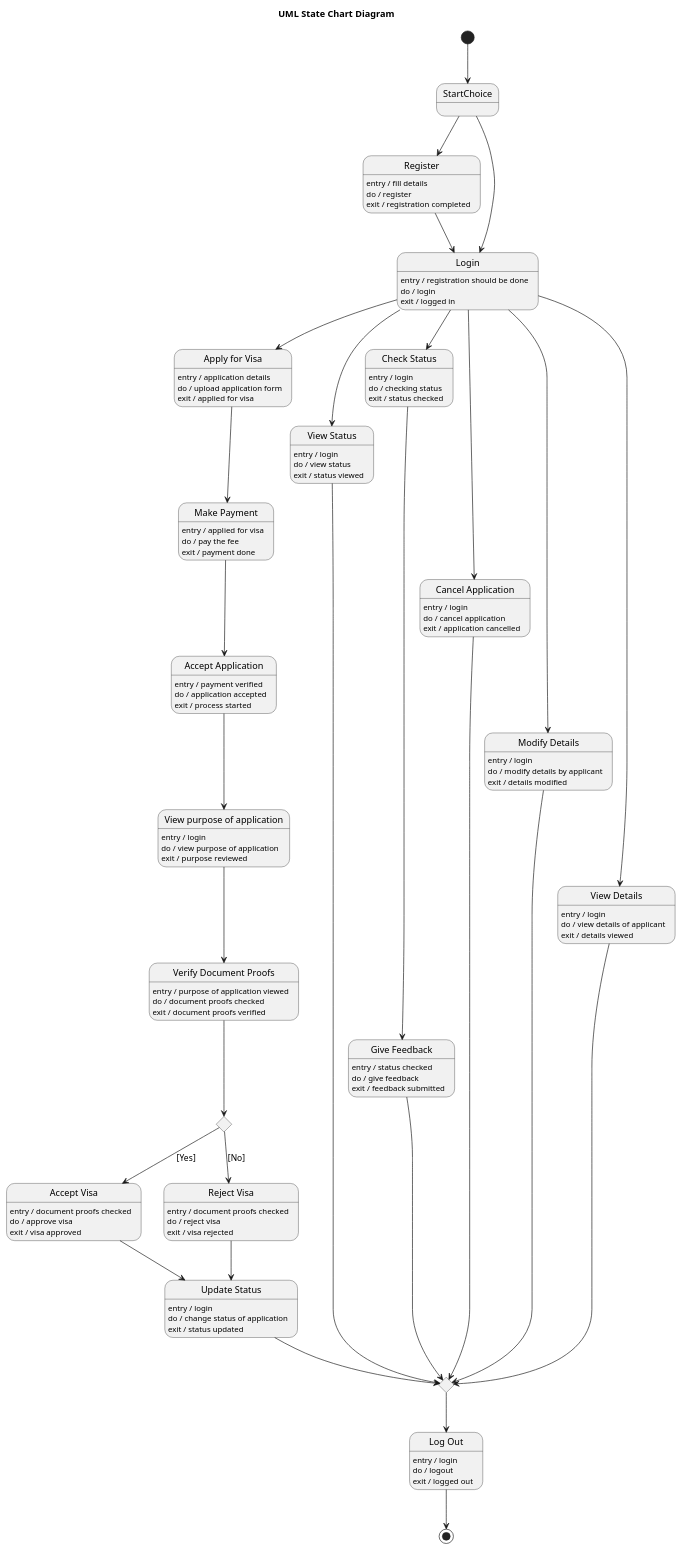
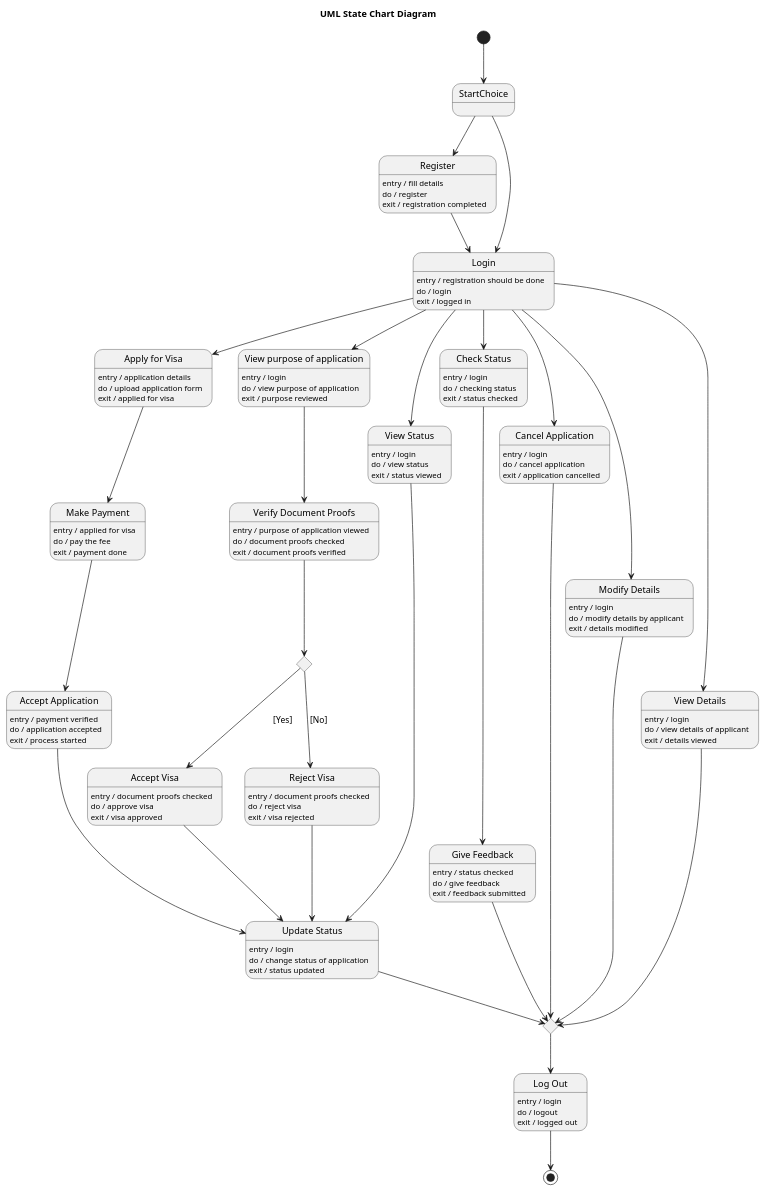
Before and after one commit to maimunafaria/State_transition_Diagram_generated_by_LLM: the diagram in dataset/case_29_e_visa_processing_and_follow_up_system/diagram.puml, drawn with PlantUML. The commit also changed 32 other files, not shown here.

Commit message:
plantuml diagram validated

```diff
--- a/dataset/case_29_e_visa_processing_and_follow_up_system/diagram.puml
+++ b/dataset/case_29_e_visa_processing_and_follow_up_system/diagram.puml
@@ -1,130 +1,130 @@
 @startuml
 title UML State Chart Diagram
 
 [*] --> StartChoice
 
 state StartChoice <<choice>>
 state "Register" as Register
 state "Login" as Login
 state "Apply for Visa" as ApplyVisa
 state "Make Payment" as MakePayment
 state "Accept Application" as AcceptApplication
 state "View purpose of application" as ViewPurpose
 state "Verify Document Proofs" as VerifyDocs
 state VerifyChoice <<choice>>
 state "Accept Visa" as AcceptVisa
 state "Reject Visa" as RejectVisa
 state "Update Status" as UpdateStatus
 state "View Status" as ViewStatus
 state "Check Status" as CheckStatus
 state "Give Feedback" as GiveFeedback
 state "Cancel Application" as CancelApplication
 state "Modify Details" as ModifyDetails
 state "View Details" as ViewDetails
 state EndMerge <<choice>>
 state "Log Out" as LogOut
 
 Register : entry / fill details
 Register : do / register
 Register : exit / registration completed
 
 Login : entry / registration should be done
 Login : do / login
 Login : exit / logged in
 
 ApplyVisa : entry / application details
 ApplyVisa : do / upload application form
 ApplyVisa : exit / applied for visa
 
 MakePayment : entry / applied for visa
 MakePayment : do / pay the fee
 MakePayment : exit / payment done
 
 AcceptApplication : entry / payment verified
 AcceptApplication : do / application accepted
 AcceptApplication : exit / process started
 
 ViewPurpose : entry / login
 ViewPurpose : do / view purpose of application
 ViewPurpose : exit / purpose reviewed
 
 VerifyDocs : entry / purpose of application viewed
 VerifyDocs : do / document proofs checked
 VerifyDocs : exit / document proofs verified
 
 AcceptVisa : entry / document proofs checked
 AcceptVisa : do / approve visa
 AcceptVisa : exit / visa approved
 
 RejectVisa : entry / document proofs checked
 RejectVisa : do / reject visa
 RejectVisa : exit / visa rejected
 
 UpdateStatus : entry / login
 UpdateStatus : do / change status of application
 UpdateStatus : exit / status updated
 
 ViewStatus : entry / login
 ViewStatus : do / view status
 ViewStatus : exit / status viewed
 
 CheckStatus : entry / login
 CheckStatus : do / checking status
 CheckStatus : exit / status checked
 
 GiveFeedback : entry / status checked
 GiveFeedback : do / give feedback
 GiveFeedback : exit / feedback submitted
 
 CancelApplication : entry / login
 CancelApplication : do / cancel application
 CancelApplication : exit / application cancelled
 
 ModifyDetails : entry / login
 ModifyDetails : do / modify details by applicant
 ModifyDetails : exit / details modified
 
 ViewDetails : entry / login
 ViewDetails : do / view details of applicant
 ViewDetails : exit / details viewed
 
 LogOut : entry / login
 LogOut : do / logout
 LogOut : exit / logged out
 
 StartChoice --> Register
 StartChoice --> Login
 
 Register --> Login
 
 Login --> ApplyVisa
 Login --> ViewStatus
 Login --> CheckStatus
 Login --> CancelApplication
 Login --> ModifyDetails
 Login --> ViewDetails
-
+Login --> ViewPurpose
 ApplyVisa --> MakePayment
 MakePayment --> AcceptApplication
-AcceptApplication --> ViewPurpose
+AcceptApplication --> UpdateStatus
 ViewPurpose --> VerifyDocs
 VerifyDocs --> VerifyChoice
 
 VerifyChoice --> AcceptVisa : [Yes]
 VerifyChoice --> RejectVisa : [No]
 
 AcceptVisa --> UpdateStatus
 RejectVisa --> UpdateStatus
 
-ViewStatus --> EndMerge
+ViewStatus --> UpdateStatus
 CheckStatus --> GiveFeedback
 GiveFeedback --> EndMerge
 CancelApplication --> EndMerge
 ModifyDetails --> EndMerge
 ViewDetails --> EndMerge
 UpdateStatus --> EndMerge
 
 EndMerge --> LogOut
 LogOut --> [*]
 
 @enduml
```
